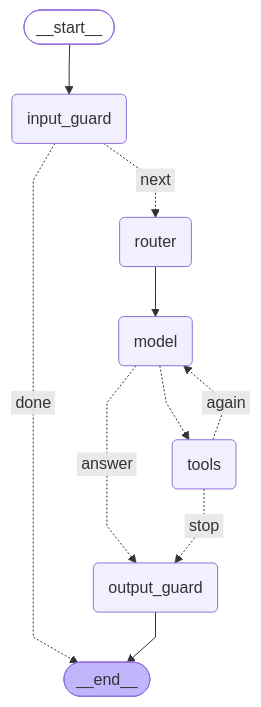
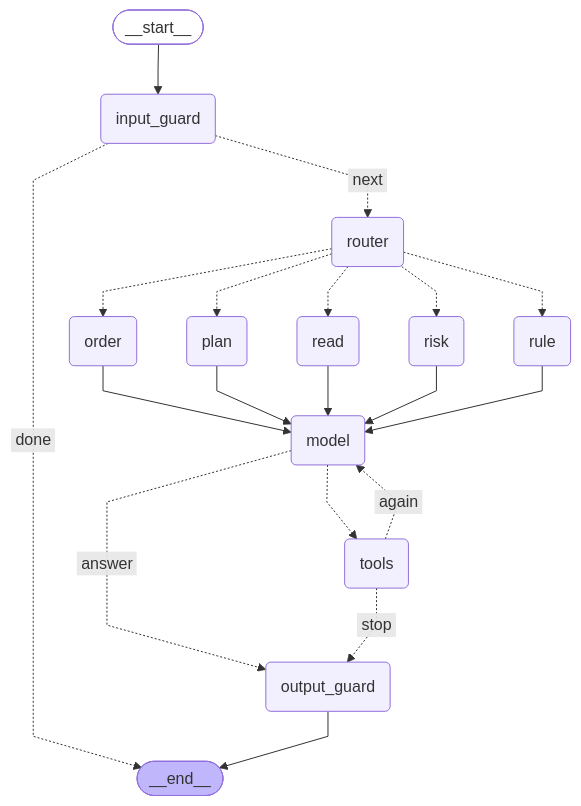
Before and after one commit to IshanJ9/TradeDesk: the diagram in PROMPT.md, drawn with Mermaid. The commit also changed other lines of this file and 12 other files, not shown here.

Commit message:
LangGraph: five routes (read, risk, order, rule, plan), each with its own tool allowlist enforced in code

````diff
--- a/PROMPT.md
+++ b/PROMPT.md
@@ -24,27 +24,41 @@
 ```mermaid
 ---
 config:
   flowchart:
     curve: linear
 ---
 graph TD;
 	__start__([<p>__start__</p>]):::first
 	input_guard(input_guard)
 	router(router)
+	read(read)
+	risk(risk)
+	order(order)
+	rule(rule)
+	plan(plan)
 	model(model)
 	tools(tools)
 	output_guard(output_guard)
 	__end__([<p>__end__</p>]):::last
 	__start__ --> input_guard;
 	input_guard -. &nbsp;done&nbsp; .-> __end__;
 	input_guard -. &nbsp;next&nbsp; .-> router;
 	model -. &nbsp;answer&nbsp; .-> output_guard;
 	model -.-> tools;
-	router --> model;
+	order --> model;
+	plan --> model;
+	read --> model;
+	risk --> model;
+	router -.-> order;
+	router -.-> plan;
+	router -.-> read;
+	router -.-> risk;
+	router -.-> rule;
+	rule --> model;
 	tools -. &nbsp;again&nbsp; .-> model;
 	tools -. &nbsp;stop&nbsp; .-> output_guard;
 	output_guard --> __end__;
 	classDef default fill:#f2f0ff,line-height:1.2
 	classDef first fill-opacity:0
 	classDef last fill:#bfb6fc
 ```
````
